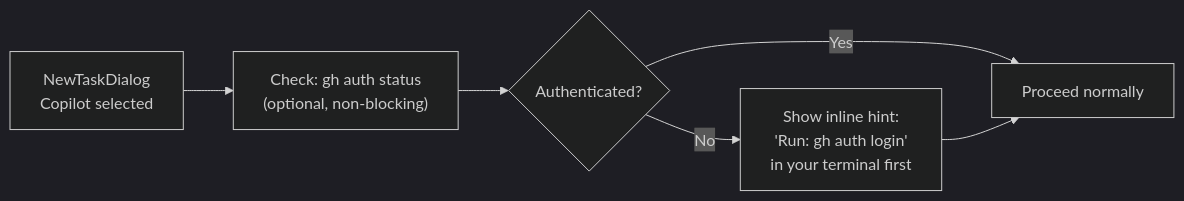
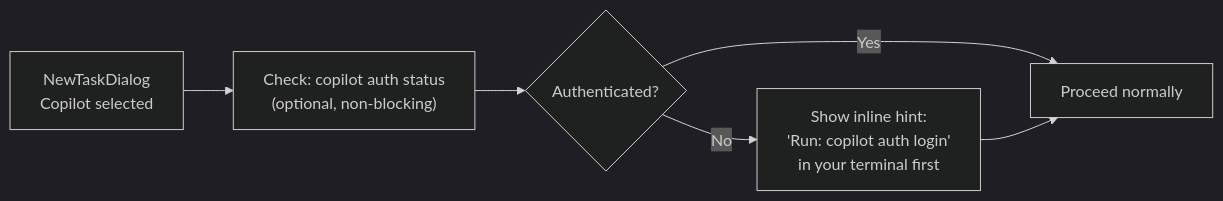
Before and after one commit to mikecubed/parallel-code: the fourth of 5 diagrams in docs/plans/2026-03-01-copilot-cli-agent-plan.md, drawn with Mermaid (dark theme). The commit also changed other lines of this file, not shown here.

Commit message:
docs: update Copilot CLI plan to use standalone copilot binary and cover Linux/macOS

````diff
--- a/docs/plans/2026-03-01-copilot-cli-agent-plan.md
+++ b/docs/plans/2026-03-01-copilot-cli-agent-plan.md
@@ -145,8 +152,8 @@
 ```mermaid
 flowchart LR
-    Dialog[NewTaskDialog\nCopilot selected] --> Check["Check: gh auth status\n(optional, non-blocking)"]
+    Dialog[NewTaskDialog\nCopilot selected] --> Check["Check: copilot auth status\n(optional, non-blocking)"]
     Check --> Auth{Authenticated?}
     Auth -- Yes --> Proceed[Proceed normally]
-    Auth -- No --> Hint["Show inline hint:\n'Run: gh auth login'\nin your terminal first"]
+    Auth -- No --> Hint["Show inline hint:\n'Run: copilot auth login'\nin your terminal first"]
     Hint --> Proceed
 ```
````
